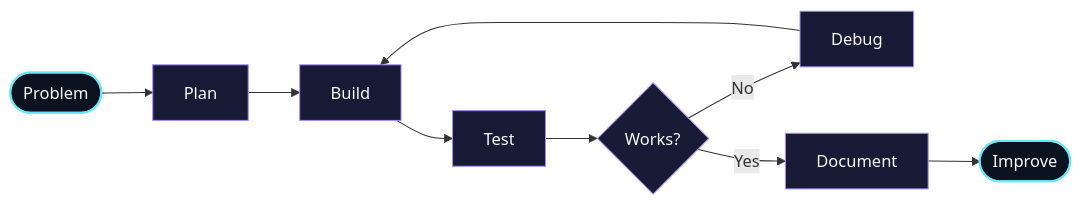
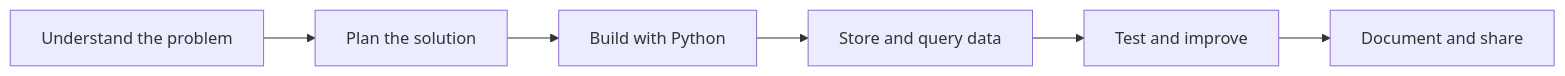
The diagram in README.md (shivanksingh2904-ctrl/shivanksingh2904-ctrl), drawn with Mermaid before and after one commit. The commit also changed other lines of this file, not shown here.

````diff
--- a/README.md
+++ b/README.md
@@ -122,15 +188,8 @@
 ```mermaid
 flowchart LR
-    A([Problem]) --> B[Plan]
-    B --> C[Build]
-    C --> D[Test]
-    D --> E{Works?}
-    E -- No --> F[Debug]
-    F --> C
-    E -- Yes --> G[Document]
-    G --> H([Improve])
-    classDef start fill:#0b1220,stroke:#67e8f9,color:#f8fafc,stroke-width:2px;
-    classDef task fill:#171b35,stroke:#a78bfa,color:#f8fafc;
-    class A,H start;
-    class B,C,D,E,F,G task;
+    A[Understand the problem] --> B[Plan the solution]
+    B --> C[Build with Python]
+    C --> D[Store and query data]
+    D --> E[Test and improve]
+    E --> F[Document and share]
 ```
````
